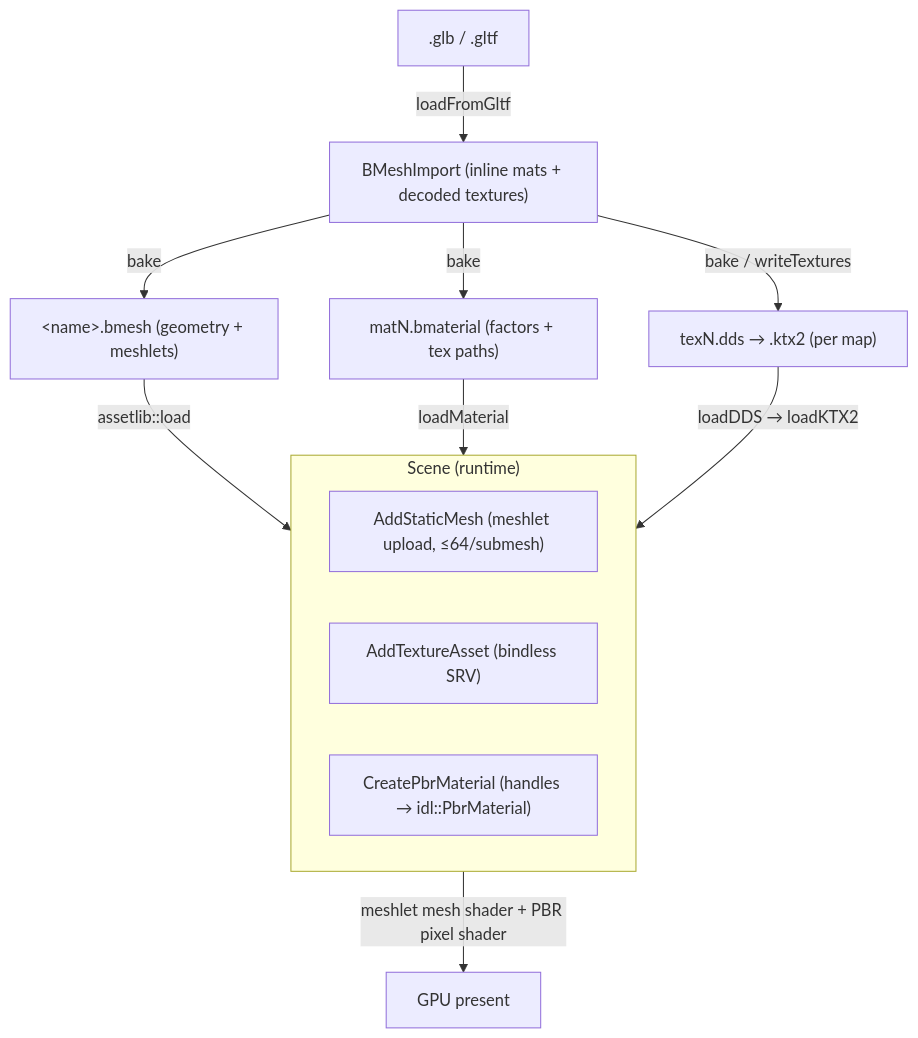
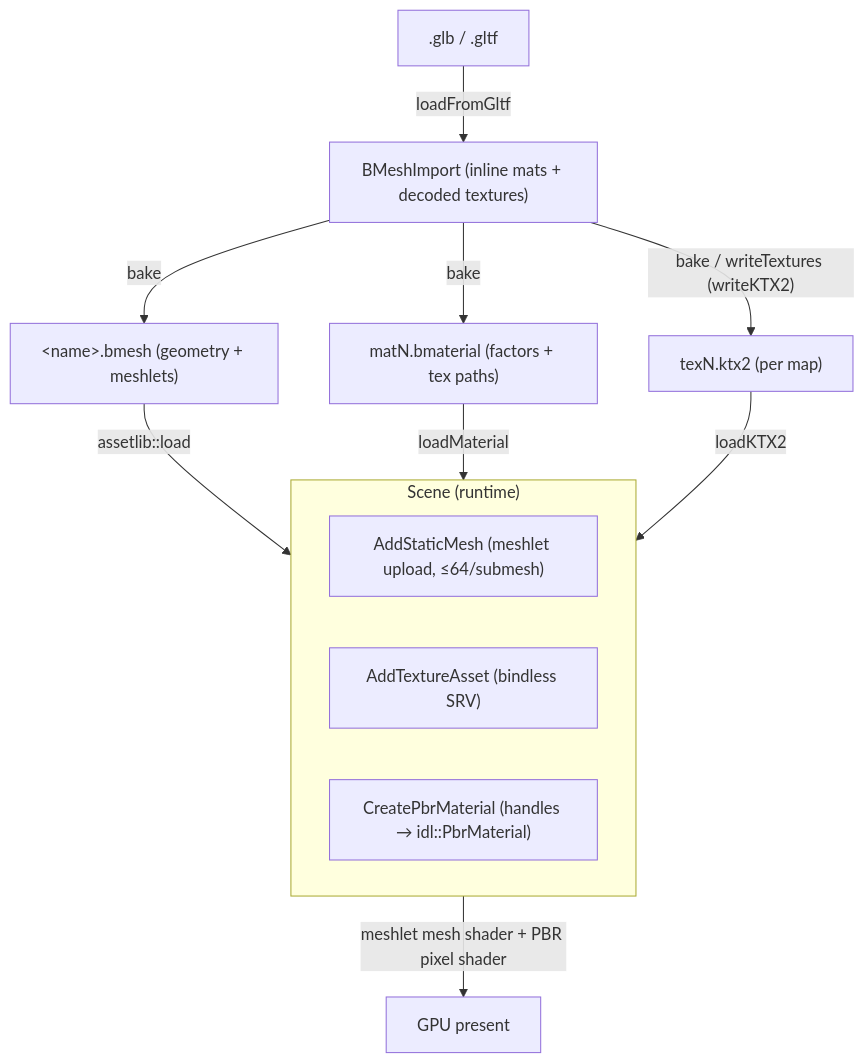
One commit to alexjiang200407/bernini changed the diagram in docs/asset_standards.md. Above: the diagram before and after it, drawn with Mermaid. The commit also changed other lines of this file and 67 other files, not shown here.

````diff
--- a/docs/asset_standards.md
+++ b/docs/asset_standards.md
@@ -132,19 +137,19 @@
 ```mermaid
 flowchart TD
     GLTF[".glb / .gltf"] -- "loadFromGltf" --> IMP["BMeshImport (inline mats + decoded textures)"]
     IMP -- "bake" --> BMESH["&lt;name&gt;.bmesh (geometry + meshlets)"]
     IMP -- "bake" --> BMAT["matN.bmaterial (factors + tex paths)"]
-    IMP -- "bake / writeTextures" --> TEX["texN.dds → .ktx2 (per map)"]
+    IMP -- "bake / writeTextures (writeKTX2)" --> TEX["texN.ktx2 (per map)"]
 
     BMESH -- "assetlib::load" --> SCENE
     BMAT -- "loadMaterial" --> SCENE
-    TEX -- "loadDDS → loadKTX2" --> SCENE
+    TEX -- "loadKTX2" --> SCENE
 
     subgraph SCENE["Scene (runtime)"]
         AM["AddStaticMesh (meshlet upload, ≤64/submesh)"]
         AT["AddTextureAsset (bindless SRV)"]
         CM["CreatePbrMaterial (handles → idl::PbrMaterial)"]
     end
 
     SCENE -- "meshlet mesh shader + PBR pixel shader" --> GPU["GPU present"]
 ```
````
